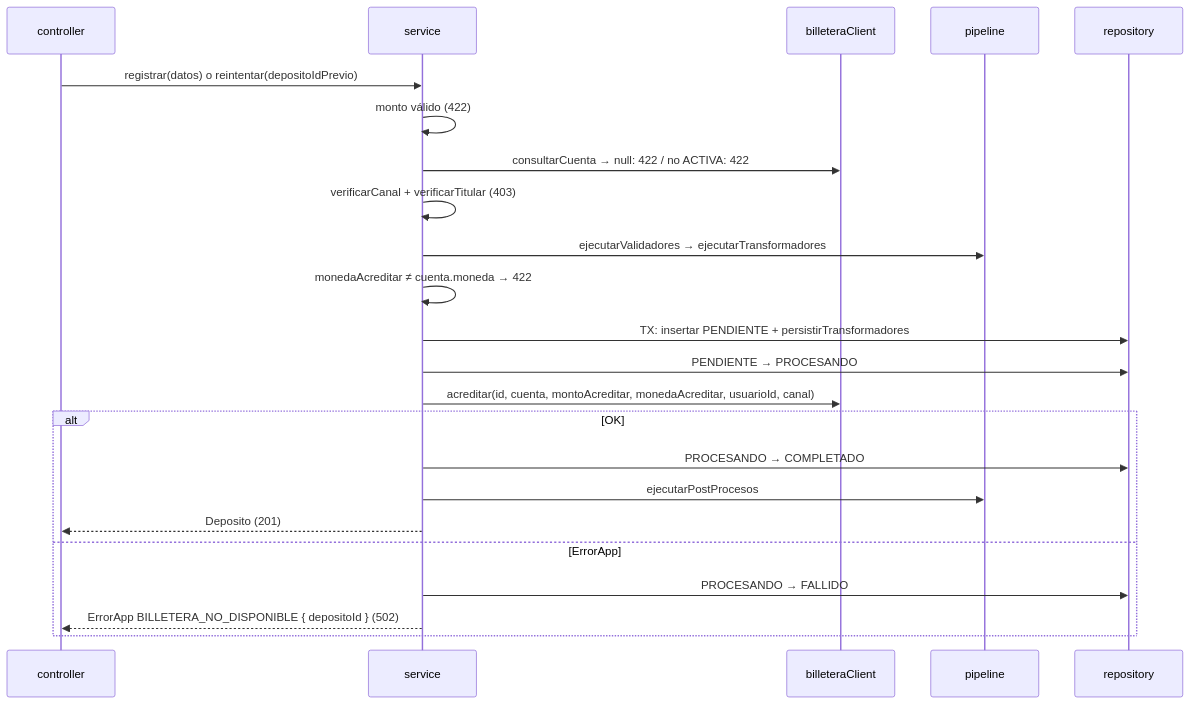
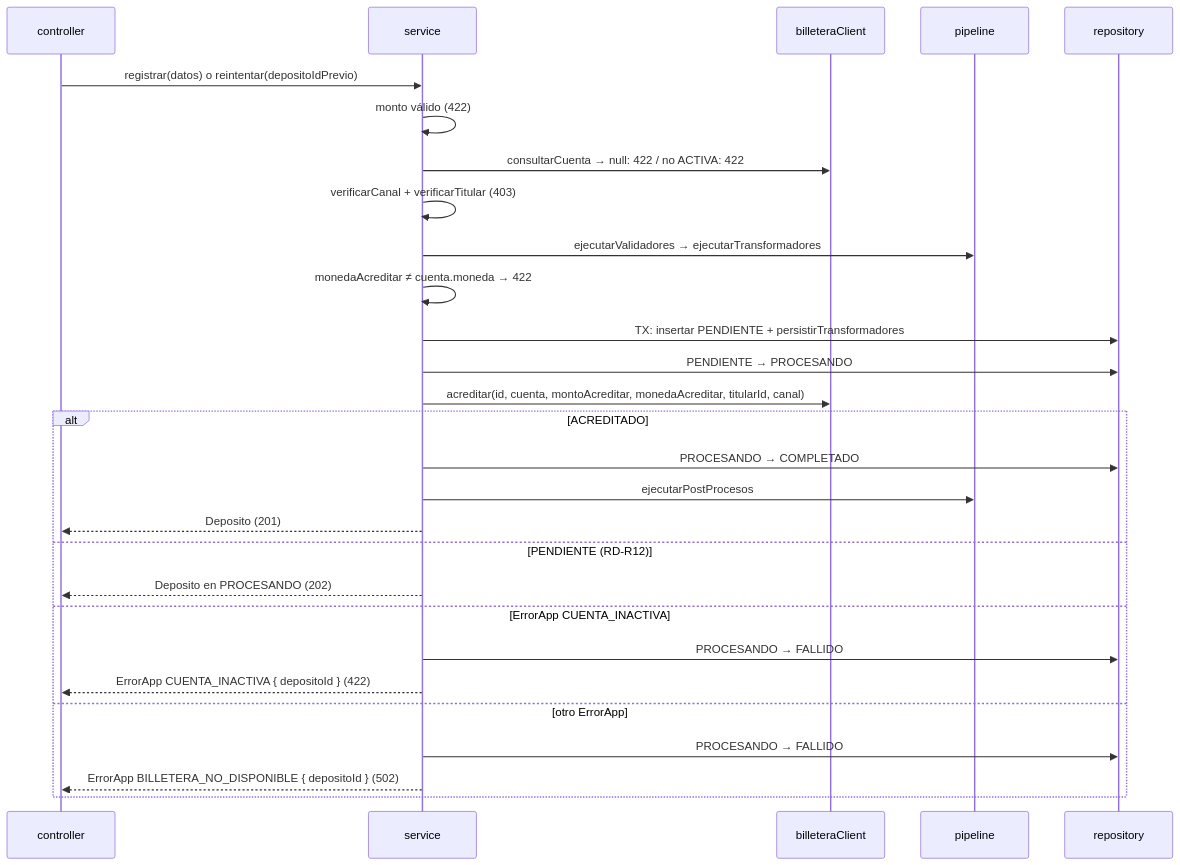
The diagram in docs/specs-propuestas/07-registrar-deposito.md (abigailDurand/Deposito-Arnes), drawn with Mermaid before and after one commit. The commit also changed other lines of this file and 24 other files, not shown here.

````diff
--- a/docs/specs-propuestas/07-registrar-deposito.md
+++ b/docs/specs-propuestas/07-registrar-deposito.md
@@ -28,25 +31,30 @@
 ```mermaid
 sequenceDiagram
     participant Ctrl as controller
     participant Svc as service
     participant B as billeteraClient
     participant P as pipeline
     participant Repo as repository
     Ctrl->>Svc: registrar(datos) o reintentar(depositoIdPrevio)
     Svc->>Svc: monto válido (422)
     Svc->>B: consultarCuenta → null: 422 / no ACTIVA: 422
     Svc->>Svc: verificarCanal + verificarTitular (403)
     Svc->>P: ejecutarValidadores → ejecutarTransformadores
     Svc->>Svc: monedaAcreditar ≠ cuenta.moneda → 422
     Svc->>Repo: TX: insertar PENDIENTE + persistirTransformadores
     Svc->>Repo: PENDIENTE → PROCESANDO
-    Svc->>B: acreditar(id, cuenta, montoAcreditar, monedaAcreditar, usuarioId, canal)
-    alt OK
+    Svc->>B: acreditar(id, cuenta, montoAcreditar, monedaAcreditar, titularId, canal)
+    alt ACREDITADO
         Svc->>Repo: PROCESANDO → COMPLETADO
         Svc->>P: ejecutarPostProcesos
         Svc-->>Ctrl: Deposito (201)
-    else ErrorApp
+    else PENDIENTE (RD-R12)
+        Svc-->>Ctrl: Deposito en PROCESANDO (202)
+    else ErrorApp CUENTA_INACTIVA
+        Svc->>Repo: PROCESANDO → FALLIDO
+        Svc-->>Ctrl: ErrorApp CUENTA_INACTIVA { depositoId } (422)
+    else otro ErrorApp
         Svc->>Repo: PROCESANDO → FALLIDO
         Svc-->>Ctrl: ErrorApp BILLETERA_NO_DISPONIBLE { depositoId } (502)
     end
 ```
````
